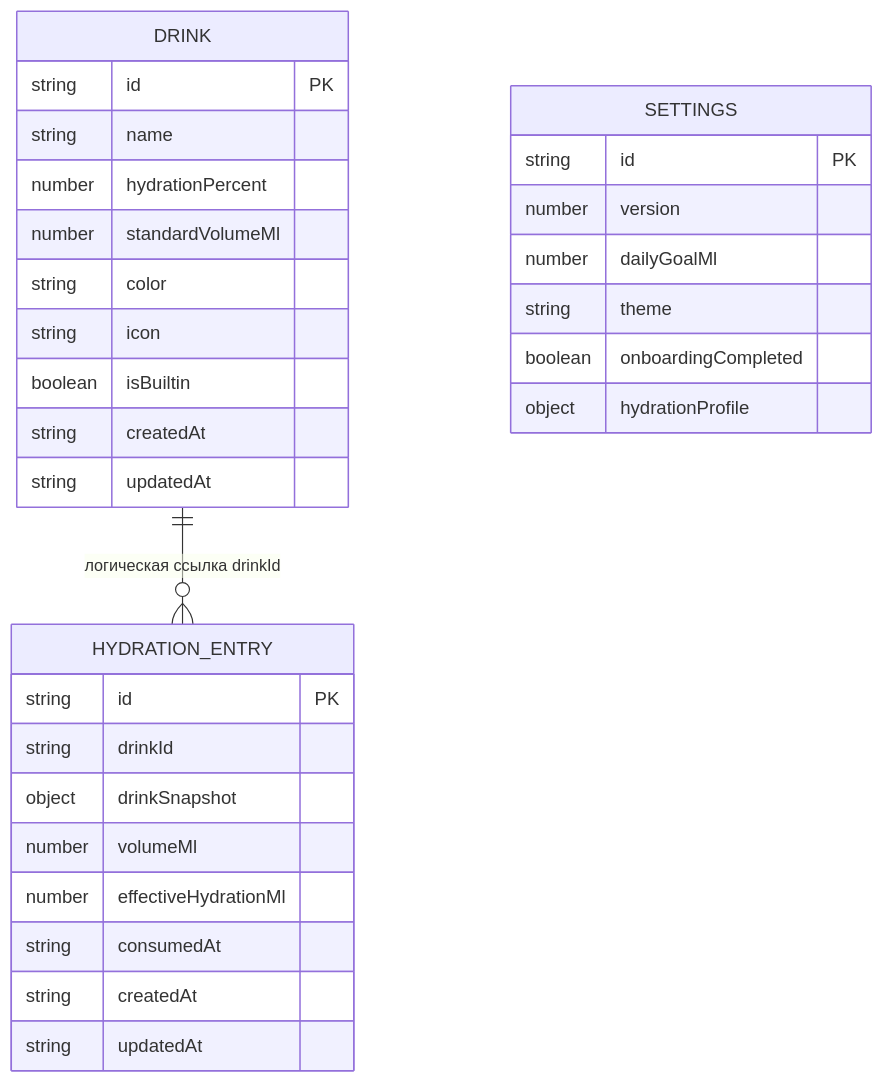
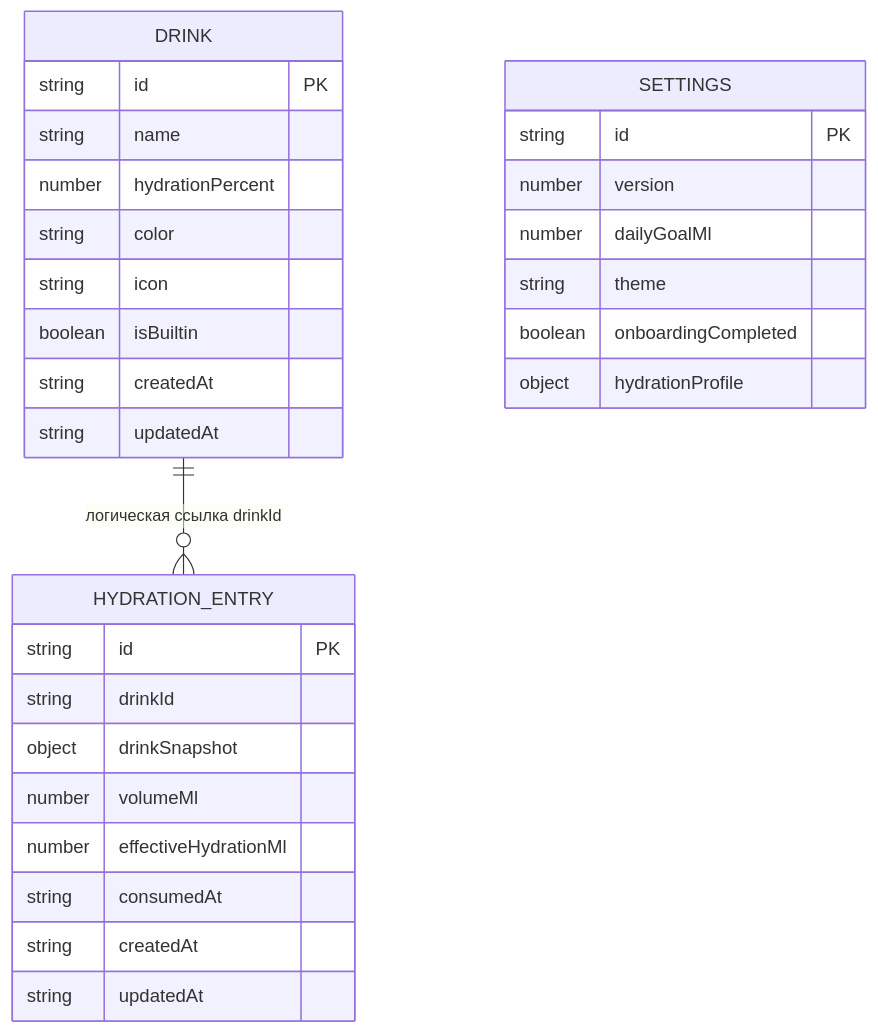
Before and after one commit to muchunzyan/water-tracker: the diagram in docs/architecture.md, drawn with Mermaid. The commit also changed other lines of this file and 15 other files, not shown here.

````diff
--- a/docs/architecture.md
+++ b/docs/architecture.md
@@ -239,33 +239,32 @@
 ```mermaid
 erDiagram
   DRINK ||--o{ HYDRATION_ENTRY : "логическая ссылка drinkId"
   DRINK {
     string id PK
     string name
     number hydrationPercent
-    number standardVolumeMl
     string color
     string icon
     boolean isBuiltin
     string createdAt
     string updatedAt
   }
   HYDRATION_ENTRY {
     string id PK
     string drinkId
     object drinkSnapshot
     number volumeMl
     number effectiveHydrationMl
     string consumedAt
     string createdAt
     string updatedAt
   }
   SETTINGS {
     string id PK
     number version
     number dailyGoalMl
     string theme
     boolean onboardingCompleted
     object hydrationProfile
   }
 ```
````
